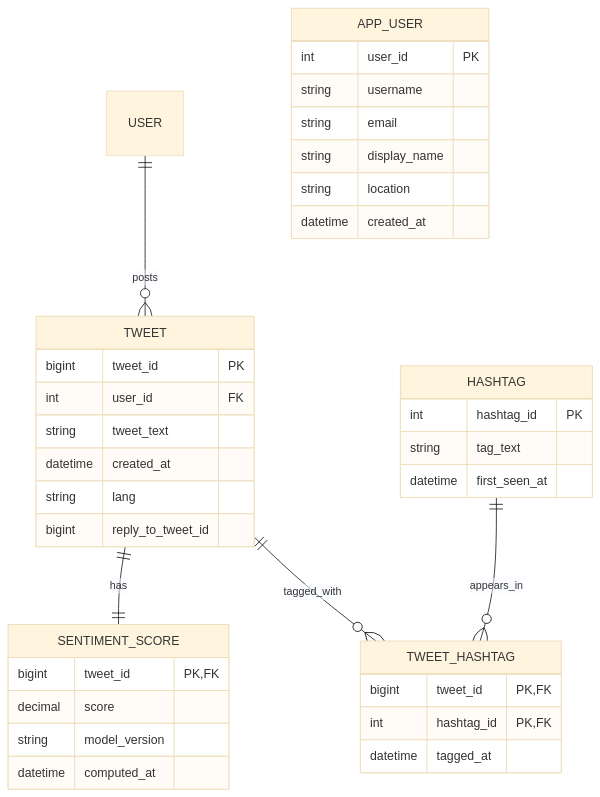
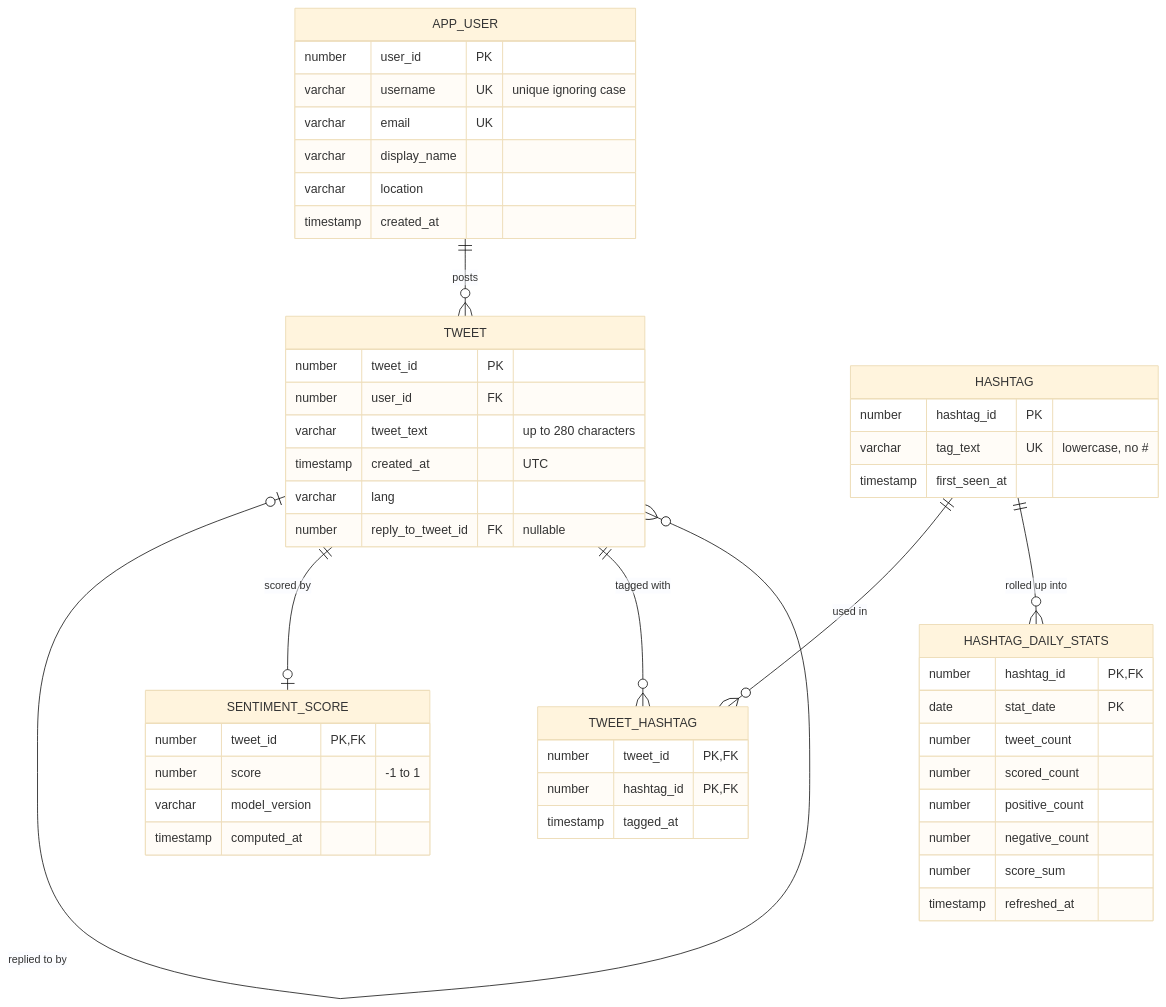
One commit to connor-p-mccune/cop-3701-social-analytics changed the diagram in docs/database-design.md. Above: the diagram before and after it, drawn with Mermaid (base theme). The commit also changed other lines of this file, not shown here.

````diff
--- a/docs/database-design.md
+++ b/docs/database-design.md
@@ -12,44 +18,52 @@
 ```mermaid
 erDiagram
-    USER ||--o{ TWEET : posts
-    TWEET ||--|| SENTIMENT_SCORE : has
-    TWEET ||--o{ TWEET_HASHTAG : tagged_with
-    HASHTAG ||--o{ TWEET_HASHTAG : appears_in
+    APP_USER ||--o{ TWEET : posts
+    TWEET |o--o{ TWEET : "replied to by"
+    TWEET ||--o| SENTIMENT_SCORE : "scored by"
+    TWEET ||--o{ TWEET_HASHTAG : "tagged with"
+    HASHTAG ||--o{ TWEET_HASHTAG : "used in"
+    HASHTAG ||--o{ HASHTAG_DAILY_STATS : "rolled up into"
 
     APP_USER {
-      int user_id PK
-      string username
-      string email
-      string display_name
-      string location
-      datetime created_at
+        number user_id PK
+        varchar username UK "unique ignoring case"
+        varchar email UK
+        varchar display_name
+        varchar location
+        timestamp created_at
     }
-
     TWEET {
-      bigint tweet_id PK
-      int user_id FK
-      string tweet_text
-      datetime created_at
-      string lang
-      bigint reply_to_tweet_id
+        number tweet_id PK
+        number user_id FK
+        varchar tweet_text "up to 280 characters"
+        timestamp created_at "UTC"
+        varchar lang
+        number reply_to_tweet_id FK "nullable"
     }
-
     HASHTAG {
-      int hashtag_id PK
-      string tag_text
-      datetime first_seen_at
+        number hashtag_id PK
+        varchar tag_text UK "lowercase, no #"
+        timestamp first_seen_at
     }
-
     TWEET_HASHTAG {
-      bigint tweet_id PK, FK
-      int hashtag_id PK, FK
-      datetime tagged_at
+        number tweet_id PK, FK
+        number hashtag_id PK, FK
+        timestamp tagged_at
     }
-
     SENTIMENT_SCORE {
-      bigint tweet_id PK, FK
-      decimal score
-      string model_version
-      datetime computed_at
+        number tweet_id PK, FK
+        number score "-1 to 1"
+        varchar model_version
+        timestamp computed_at
+    }
+    HASHTAG_DAILY_STATS {
+        number hashtag_id PK, FK
+        date stat_date PK
+        number tweet_count
+        number scored_count
+        number positive_count
+        number negative_count
+        number score_sum
+        timestamp refreshed_at
     }
 ```
````
